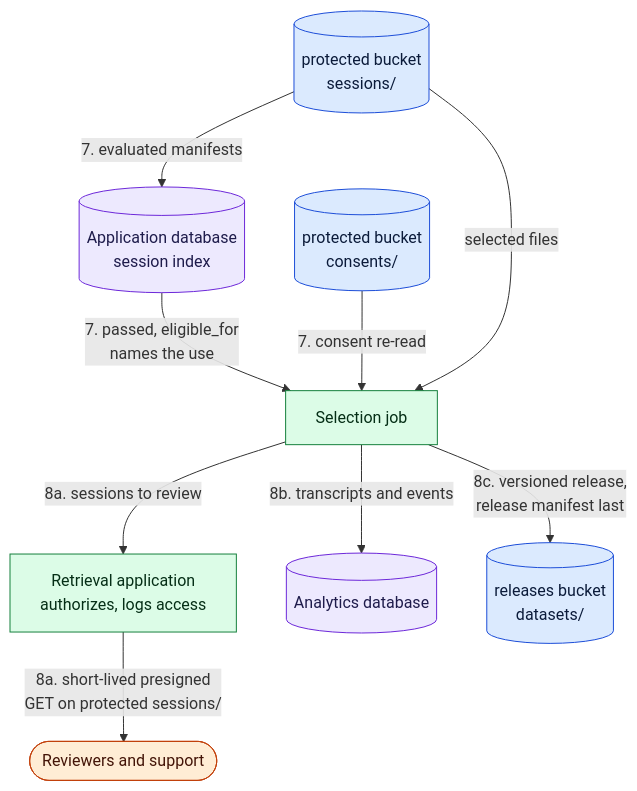
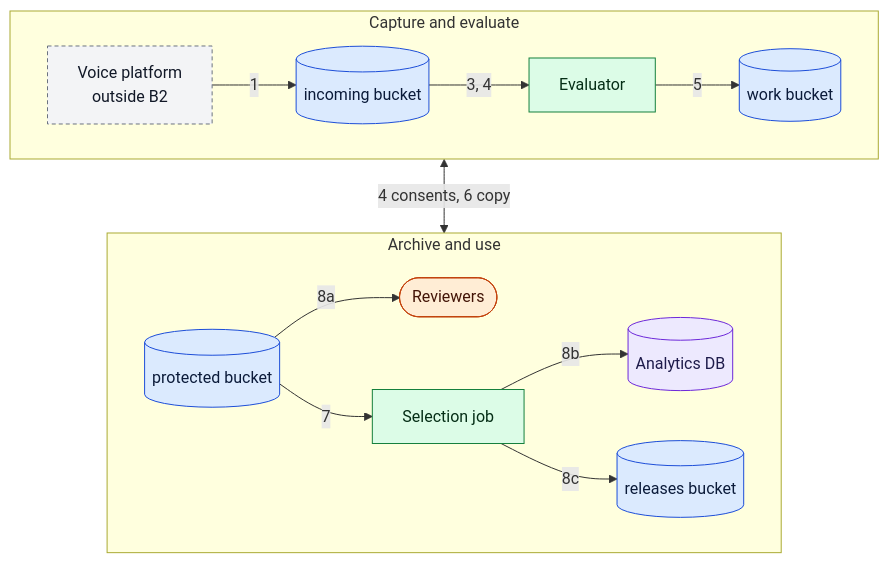
Before and after one commit to backblaze-b2-samples/b2-voice-ai-reference-architectures: the diagram in architectures/voice-agent-session-archive/architecture.md, drawn with Mermaid. The commit also changed other lines of this file and 2 other files, not shown here.

First line of the commit message:
Fit each architecture diagram in a single screen

````diff
--- a/architectures/voice-agent-session-archive/architecture.md
+++ b/architectures/voice-agent-session-archive/architecture.md
@@ -65,29 +19,37 @@
 ```mermaid
 flowchart TB
-  PROT[("protected bucket<br/>sessions/")]
-  CONS[("protected bucket<br/>consents/")]
-  DB[("Application database<br/>session index")]
-  SEL["Selection job"]
-  APP["Retrieval application<br/>authorizes, logs access"]
-  REV(["Reviewers and support"])
-  WH[("Analytics database")]
-  DS[("releases bucket<br/>datasets/")]
-
-  PROT -->|"7. evaluated manifests"| DB
-  DB -->|"7. passed, eligible_for<br/>names the use"| SEL
-  CONS -->|"7. consent re-read"| SEL
-  PROT -->|"selected files"| SEL
-  SEL -->|"8a. sessions to review"| APP
-  APP -->|"8a. short-lived presigned<br/>GET on protected sessions/"| REV
-  SEL -->|"8b. transcripts and events"| WH
-  SEL -->|"8c. versioned release,<br/>release manifest last"| DS
+  subgraph capture["Capture and evaluate"]
+    direction LR
+    PLAT["Voice platform<br/>outside B2"]
+    INC[("incoming bucket")]
+    EV["Evaluator"]
+    EVR[("work bucket")]
+    PLAT -->|1| INC
+    INC -->|"3, 4"| EV
+    EV -->|5| EVR
+  end
+  subgraph use["Archive and use"]
+    direction LR
+    PROT[("protected bucket")]
+    SEL["Selection job"]
+    REV(["Reviewers"])
+    WH[("Analytics DB")]
+    DS[("releases bucket")]
+    PROT -->|8a| REV
+    PROT -->|7| SEL
+    SEL -->|8b| WH
+    SEL -->|8c| DS
+  end
+  capture <-->|"4 consents, 6 copy"| use
 
   classDef bucket fill:#dbeafe,stroke:#1d4ed8,color:#0b1b3a
   classDef service fill:#dcfce7,stroke:#15803d,color:#052e16
+  classDef external fill:#f3f4f6,stroke:#6b7280,color:#111827,stroke-dasharray:4 3
   classDef store fill:#ede9fe,stroke:#6d28d9,color:#1e1b4b
   classDef human fill:#ffedd5,stroke:#c2410c,color:#431407
-  class PROT,CONS,DS bucket
-  class SEL,APP service
-  class DB,WH store
+  class INC,EVR,PROT,DS bucket
+  class EV,SEL service
+  class PLAT external
+  class WH store
   class REV human
 ```
````
